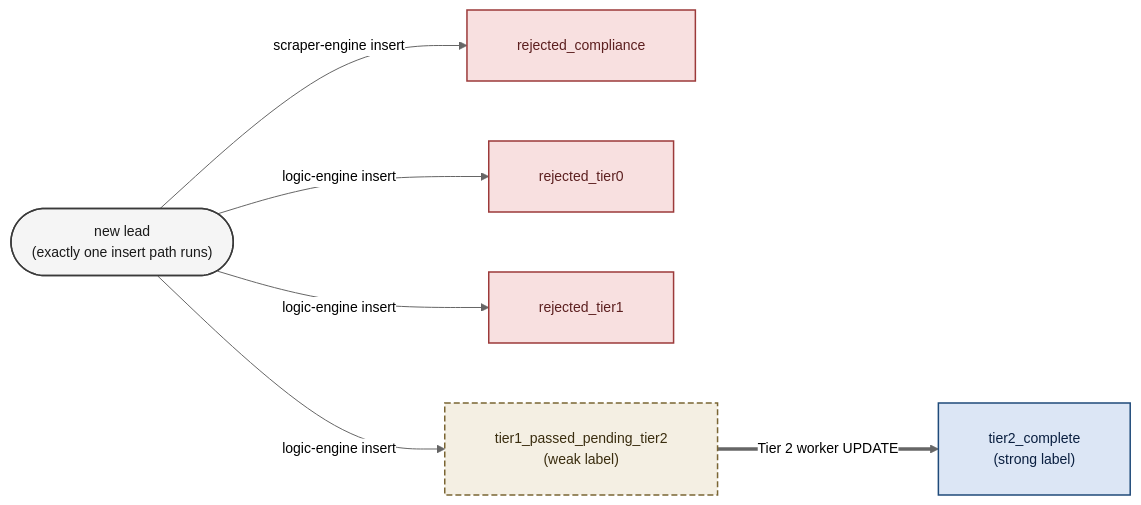
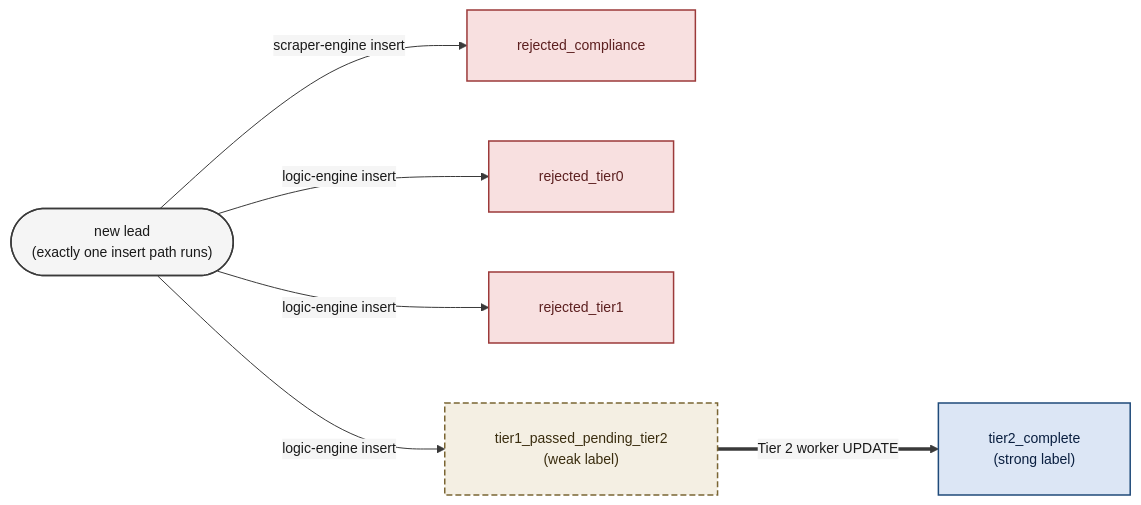
One commit to tesahe/trace-fabric changed the diagram in docs/data-lifecycle.md. Above: the diagram before and after it, drawn with Mermaid. The commit also changed 4 other files, not shown here.

Commit message:
(chore): updated diagrams

````diff
--- a/docs/data-lifecycle.md
+++ b/docs/data-lifecycle.md
@@ -9,31 +9,31 @@
 ```mermaid
-%%{init: {"theme": "neutral", "themeVariables": {"fontSize": "14px"}, "flowchart": {"curve": "basis", "padding": 25, "nodeSpacing": 60, "rankSpacing": 80}}}%%
+%%{init: {"theme": "base", "themeVariables": {"fontSize": "14px", "background": "#FFFFFF", "primaryColor": "#FFFFFF", "primaryTextColor": "#1A1A1A", "primaryBorderColor": "#3A3A3A", "lineColor": "#3A3A3A", "secondaryColor": "#F5F5F5", "tertiaryColor": "#FAFAFA"}, "flowchart": {"curve": "basis", "padding": 25, "nodeSpacing": 60, "rankSpacing": 80}}}%%
 flowchart LR
     START(["new lead<br/>(exactly one insert path runs)"])
 
     RC["rejected_compliance"]
     RT0["rejected_tier0"]
     RT1["rejected_tier1"]
     WEAK["tier1_passed_pending_tier2<br/>(weak label)"]
     STRONG["tier2_complete<br/>(strong label)"]
 
     START -->|"  scraper-engine insert  "| RC
     START -->|"  logic-engine insert  "| RT0
     START -->|"  logic-engine insert  "| RT1
     START -->|"  logic-engine insert  "| WEAK
 
     WEAK ==>|"  Tier 2 worker UPDATE  "| STRONG
 
     classDef default fill:#FFFFFF,stroke:#3A3A3A,stroke-width:1.5px,color:#1A1A1A
     classDef start fill:#F5F5F5,stroke:#3A3A3A,stroke-width:1.5px,color:#1A1A1A
     classDef weak fill:#F4EFE3,stroke:#7A6533,stroke-width:1.5px,color:#3A2D0F,stroke-dasharray:6 3
     classDef strong fill:#DCE6F5,stroke:#1F4A7A,stroke-width:1.5px,color:#0A1F40
     classDef reject fill:#F8E0E0,stroke:#9C3A3A,stroke-width:1.5px,color:#5C1F1F
 
     class START start
     class WEAK weak
     class STRONG strong
     class RC reject
     class RT0 reject
     class RT1 reject
 ```
````
